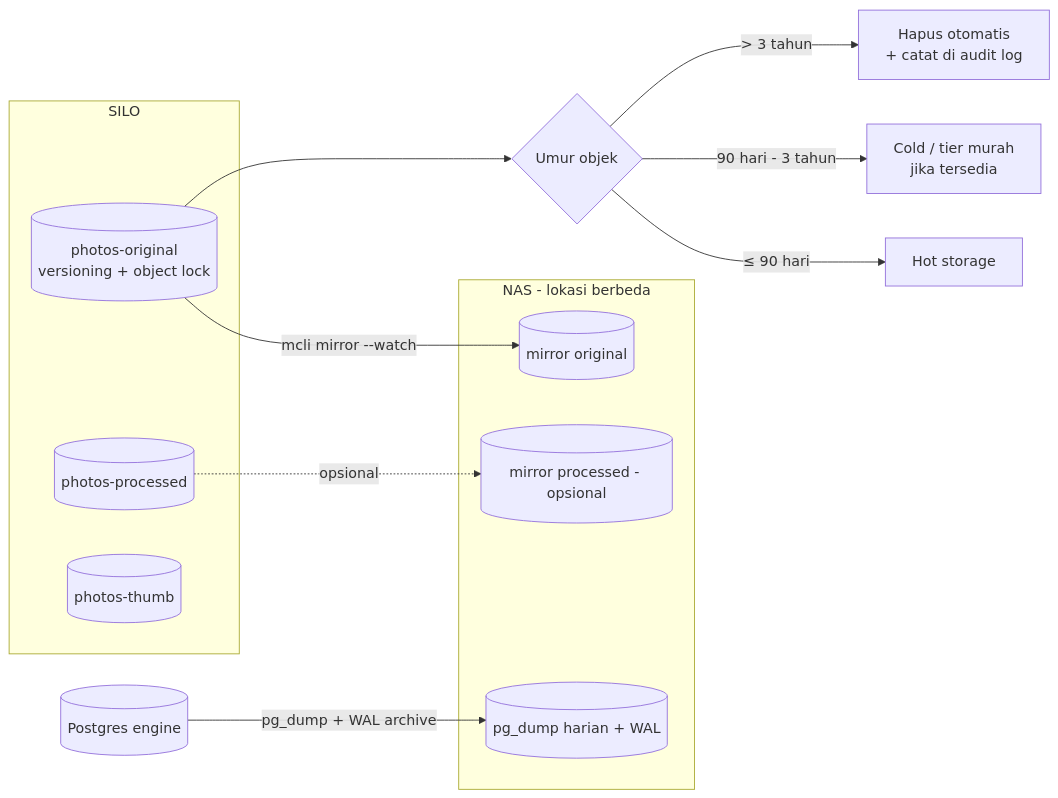
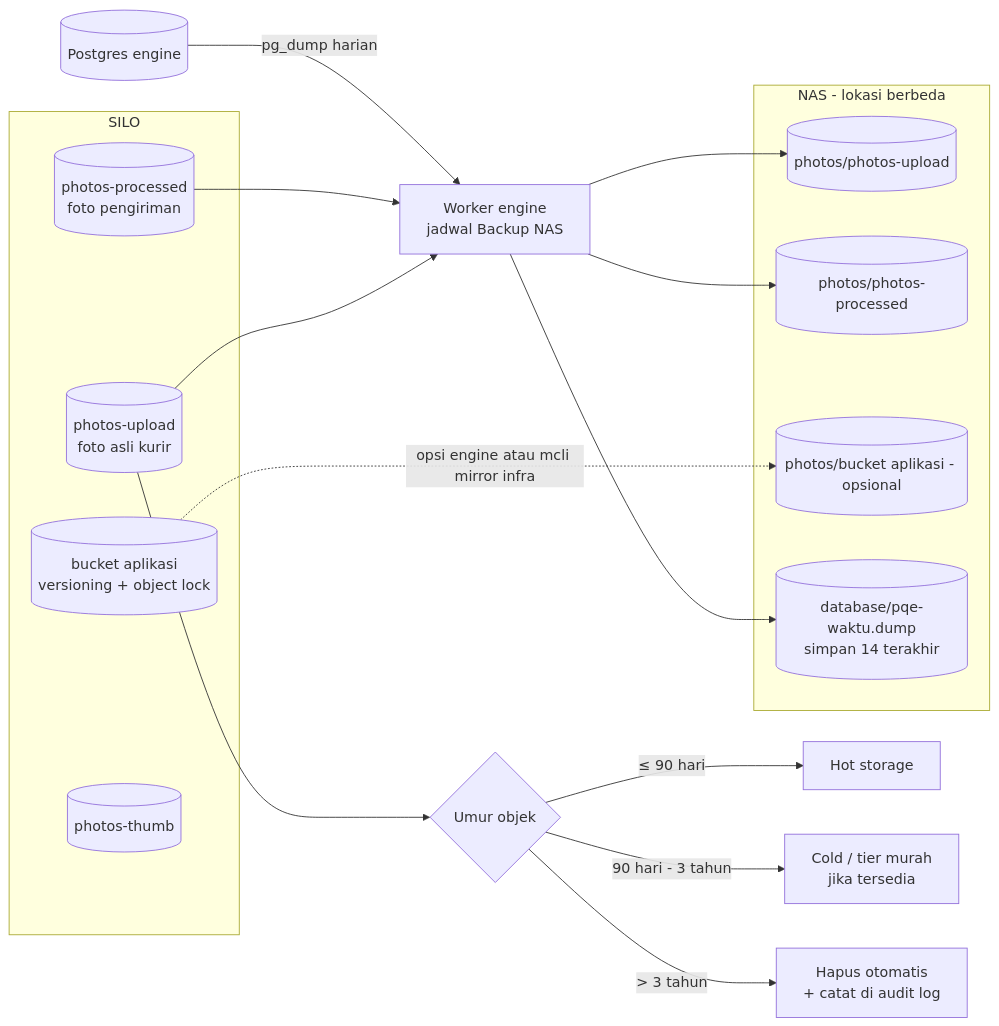
Diagram 17 of 20 in docs/sdlc-plan.md (anas-fikri/ocr-engine), drawn with Mermaid before and after one commit. The commit also changed other lines of this file and 12 other files, not shown here.

First line of the commit message:
docs: production guard and NAS backup; re-backup reanalysed photos

````diff
--- a/docs/sdlc-plan.md
+++ b/docs/sdlc-plan.md
@@ -944,24 +956,31 @@
 ```mermaid
 flowchart LR
     subgraph SILO
-        O[(photos-original<br/>versioning + object lock)]
-        P[(photos-processed)]
+        A[(bucket aplikasi<br/>versioning + object lock)]
+        U[(photos-upload<br/>foto asli kurir)]
+        P[(photos-processed<br/>foto pengiriman)]
         T[(photos-thumb)]
     end
     PG[(Postgres engine)]
+    W[Worker engine<br/>jadwal Backup NAS]
 
     subgraph NAS[NAS - lokasi berbeda]
-        NO[(mirror original)]
-        NP[(mirror processed - opsional)]
-        ND[(pg_dump harian + WAL)]
+        NU[(photos/photos-upload)]
+        NP[(photos/photos-processed)]
+        NA[(photos/bucket aplikasi - opsional)]
+        ND[(database/pqe-waktu.dump<br/>simpan 14 terakhir)]
     end
 
-    O -->|mcli mirror --watch| NO
-    P -.->|opsional| NP
-    PG -->|pg_dump + WAL archive| ND
+    U --> W
+    P --> W
+    PG -->|pg_dump harian| W
+    W --> NU
+    W --> NP
+    W --> ND
+    A -.->|opsi engine atau mcli mirror infra| NA
 
-    O --> L{Umur objek}
+    U --> L{Umur objek}
     L -- "≤ 90 hari" --> L1[Hot storage]
     L -- "90 hari - 3 tahun" --> L2[Cold / tier murah<br/>jika tersedia]
     L -- "> 3 tahun" --> L3[Hapus otomatis<br/>+ catat di audit log]
 ```
````
